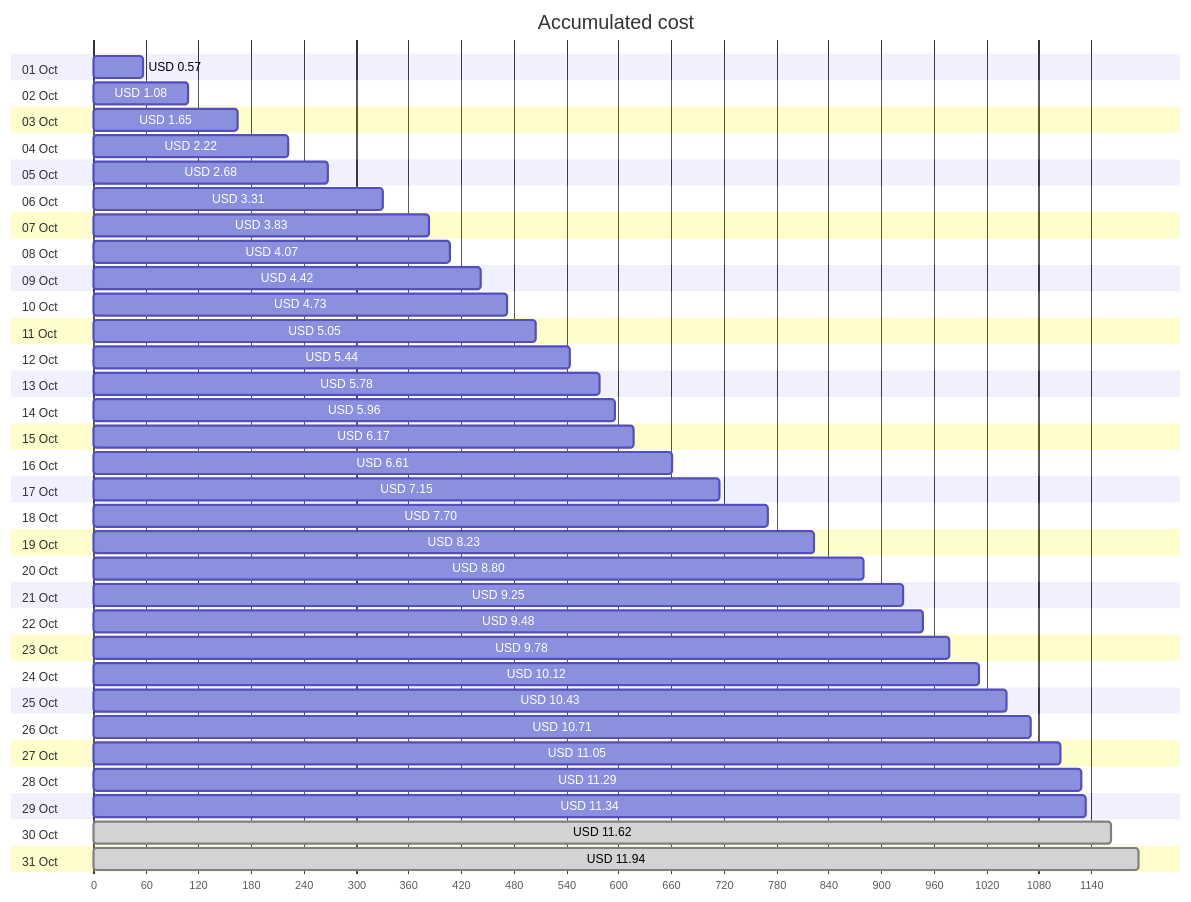
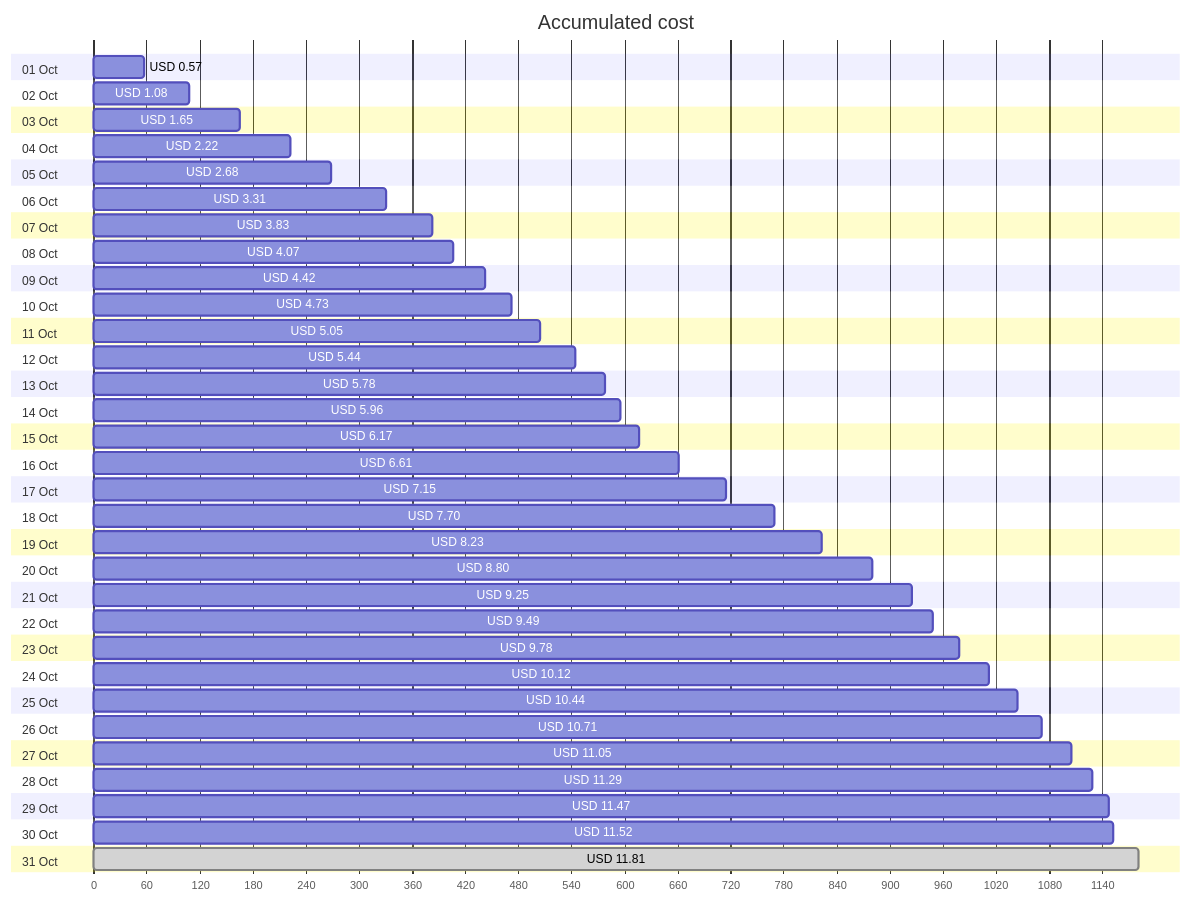
One commit to jpfulton/azure-personal-reports changed the first of 4 diagrams in cost-reports/personal-network/vpn-server.md. Above: the diagram before and after it, drawn with Mermaid. The commit also changed other lines of this file and 8 other files, not shown here.

````diff
--- a/cost-reports/personal-network/vpn-server.md
+++ b/cost-reports/personal-network/vpn-server.md
@@ -20,68 +20,68 @@
 ```mermaid
 gantt
    title Accumulated cost
    dateFormat  X
    axisFormat %s
    section 01 Oct
    USD 0.57 :0, 57
    section 02 Oct
    USD 1.08 :0, 108
    section 03 Oct
    USD 1.65 :0, 165
    section 04 Oct
    USD 2.22 :0, 222
    section 05 Oct
    USD 2.68 :0, 268
    section 06 Oct
    USD 3.31 :0, 331
    section 07 Oct
    USD 3.83 :0, 383
    section 08 Oct
    USD 4.07 :0, 407
    section 09 Oct
    USD 4.42 :0, 442
    section 10 Oct
    USD 4.73 :0, 473
    section 11 Oct
    USD 5.05 :0, 505
    section 12 Oct
    USD 5.44 :0, 544
    section 13 Oct
    USD 5.78 :0, 578
    section 14 Oct
    USD 5.96 :0, 596
    section 15 Oct
    USD 6.17 :0, 617
    section 16 Oct
    USD 6.61 :0, 661
    section 17 Oct
    USD 7.15 :0, 715
    section 18 Oct
    USD 7.70 :0, 770
    section 19 Oct
    USD 8.23 :0, 823
    section 20 Oct
    USD 8.80 :0, 880
    section 21 Oct
    USD 9.25 :0, 925
    section 22 Oct
-   USD 9.48 :0, 948
+   USD 9.49 :0, 949
    section 23 Oct
    USD 9.78 :0, 978
    section 24 Oct
    USD 10.12 :0, 1012
    section 25 Oct
-   USD 10.43 :0, 1043
+   USD 10.44 :0, 1044
    section 26 Oct
    USD 10.71 :0, 1071
    section 27 Oct
    USD 11.05 :0, 1105
    section 28 Oct
    USD 11.29 :0, 1129
    section 29 Oct
-   USD 11.34 :0, 1134
+   USD 11.47 :0, 1147
    section 30 Oct
-   USD 11.62 : done, 0, 1162
+   USD 11.52 :0, 1152
    section 31 Oct
-   USD 11.94 : done, 0, 1194
+   USD 11.81 : done, 0, 1181
 ```
````
